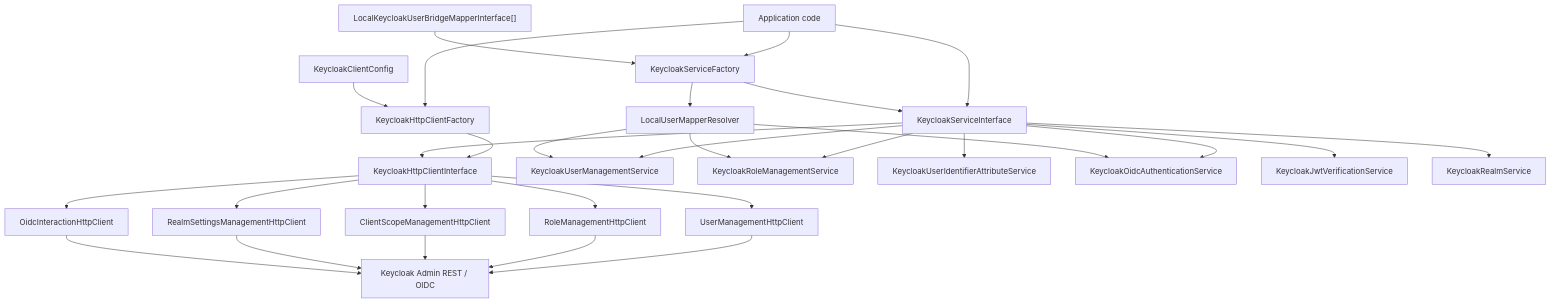
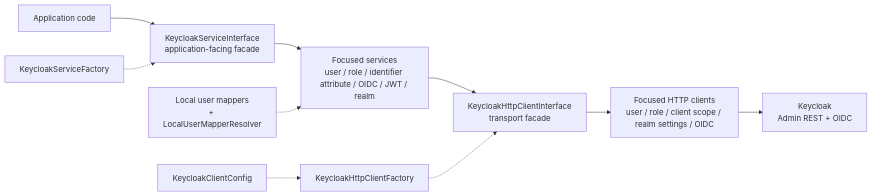
One commit to apacheborys/keycloak-php-client changed the first of 4 diagrams in docs/architecture.md. Above: the diagram before and after it, drawn with Mermaid. The commit also changed other lines of this file, not shown here.

Commit message:
12: updated architecture diagram

````diff
--- a/docs/architecture.md
+++ b/docs/architecture.md
@@ -22,62 +24,20 @@
 ```mermaid
-flowchart TB
+flowchart LR
     App["Application code"]
-    HttpFactory["KeycloakHttpClientFactory"]
-    ServiceFactory["KeycloakServiceFactory"]
-    Config["KeycloakClientConfig"]
-    Mapper["LocalKeycloakUserBridgeMapperInterface[]"]
-    Resolver["LocalUserMapperResolver"]
+    ServiceFacade["KeycloakServiceInterface<br/>application-facing facade"]
+    ServiceGraph["Focused services<br/>user / role / identifier attribute / OIDC / JWT / realm"]
+    HttpFacade["KeycloakHttpClientInterface<br/>transport facade"]
+    HttpGraph["Focused HTTP clients<br/>user / role / client scope / realm settings / OIDC"]
+    KC["Keycloak<br/>Admin REST + OIDC"]
 
-    HttpFacade["KeycloakHttpClientInterface"]
-    ServiceFacade["KeycloakServiceInterface"]
+    App --> ServiceFacade
+    ServiceFacade --> ServiceGraph
+    ServiceGraph --> HttpFacade
+    HttpFacade --> HttpGraph
+    HttpGraph --> KC
 
-    UserSvc["KeycloakUserManagementService"]
-    RoleSvc["KeycloakRoleManagementService"]
-    IdentifierSvc["KeycloakUserIdentifierAttributeService"]
-    OidcSvc["KeycloakOidcAuthenticationService"]
-    JwtSvc["KeycloakJwtVerificationService"]
-    RealmSvc["KeycloakRealmService"]
-
-    UserHttp["UserManagementHttpClient"]
-    RoleHttp["RoleManagementHttpClient"]
-    ScopeHttp["ClientScopeManagementHttpClient"]
-    RealmHttp["RealmSettingsManagementHttpClient"]
-    OidcHttp["OidcInteractionHttpClient"]
-
-    KC["Keycloak Admin REST / OIDC"]
-
-    App --> HttpFactory
-    App --> ServiceFactory
-    App --> ServiceFacade
-
-    Config --> HttpFactory
-    HttpFactory --> HttpFacade
-
-    Mapper --> ServiceFactory
-    ServiceFactory --> Resolver
-    ServiceFactory --> ServiceFacade
-
-    ServiceFacade --> UserSvc
-    ServiceFacade --> RoleSvc
-    ServiceFacade --> IdentifierSvc
-    ServiceFacade --> OidcSvc
-    ServiceFacade --> JwtSvc
-    ServiceFacade --> RealmSvc
-
-    Resolver --> UserSvc
-    Resolver --> RoleSvc
-    Resolver --> OidcSvc
-
-    ServiceFacade --> HttpFacade
-    HttpFacade --> UserHttp
-    HttpFacade --> RoleHttp
-    HttpFacade --> ScopeHttp
-    HttpFacade --> RealmHttp
-    HttpFacade --> OidcHttp
-
-    UserHttp --> KC
-    RoleHttp --> KC
-    ScopeHttp --> KC
-    RealmHttp --> KC
-    OidcHttp --> KC
+    ServiceFactory["KeycloakServiceFactory"] -.-> ServiceFacade
+    HttpFactory["KeycloakHttpClientFactory"] -.-> HttpFacade
+    Mapper["Local user mappers<br/>+ LocalUserMapperResolver"] -.-> ServiceGraph
+    Config["KeycloakClientConfig"] -.-> HttpFactory
 ```
````
